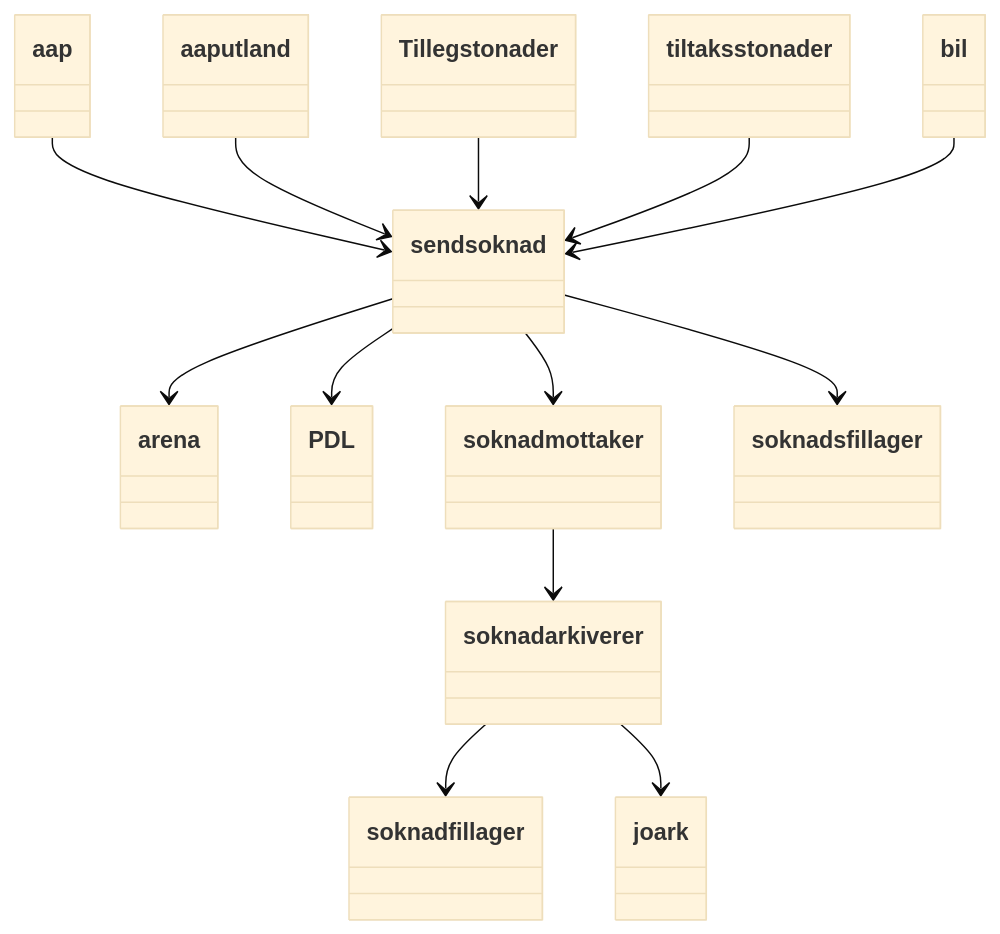
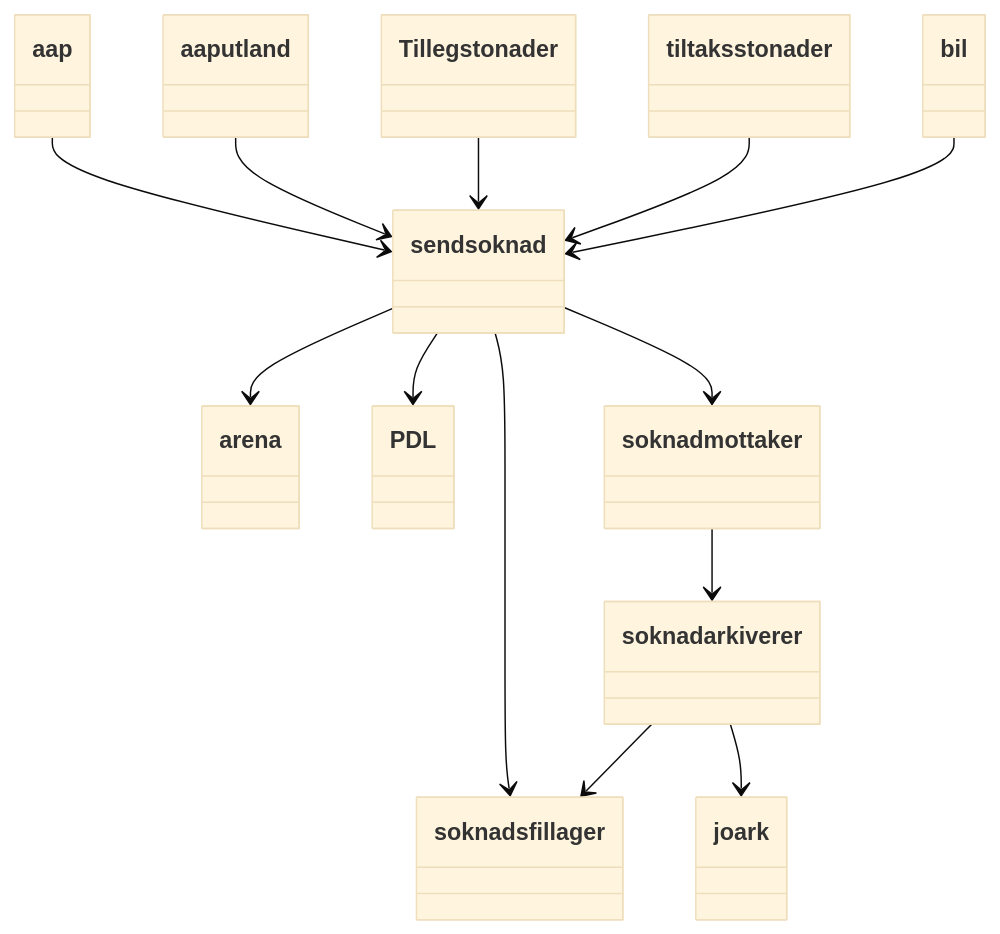
Before and after one commit to navikt/sendsoknad-boot: the second of 2 diagrams in docs/Arkitektur.md, drawn with Mermaid (base theme).

Commit message:
rettet skrivefeil

````diff
--- a/docs/Arkitektur.md
+++ b/docs/Arkitektur.md
@@ -25,15 +25,15 @@
 ```mermaid
 classDiagram
     aap --> sendsoknad
     aaputland --> sendsoknad
     Tillegstonader --> sendsoknad
     tiltaksstonader --> sendsoknad
     bil --> sendsoknad
     sendsoknad --> arena
     sendsoknad --> PDL
     sendsoknad --> soknadmottaker
     sendsoknad -->soknadsfillager
     soknadmottaker --> soknadarkiverer
-    soknadarkiverer --> soknadfillager
+    soknadarkiverer --> soknadsfillager
     soknadarkiverer --> joark
 ```
````
